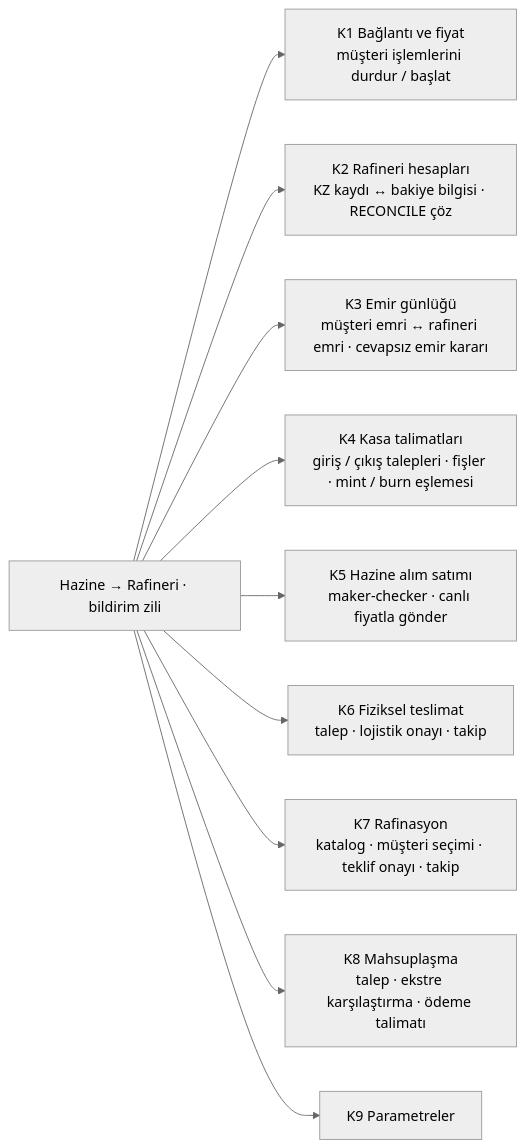
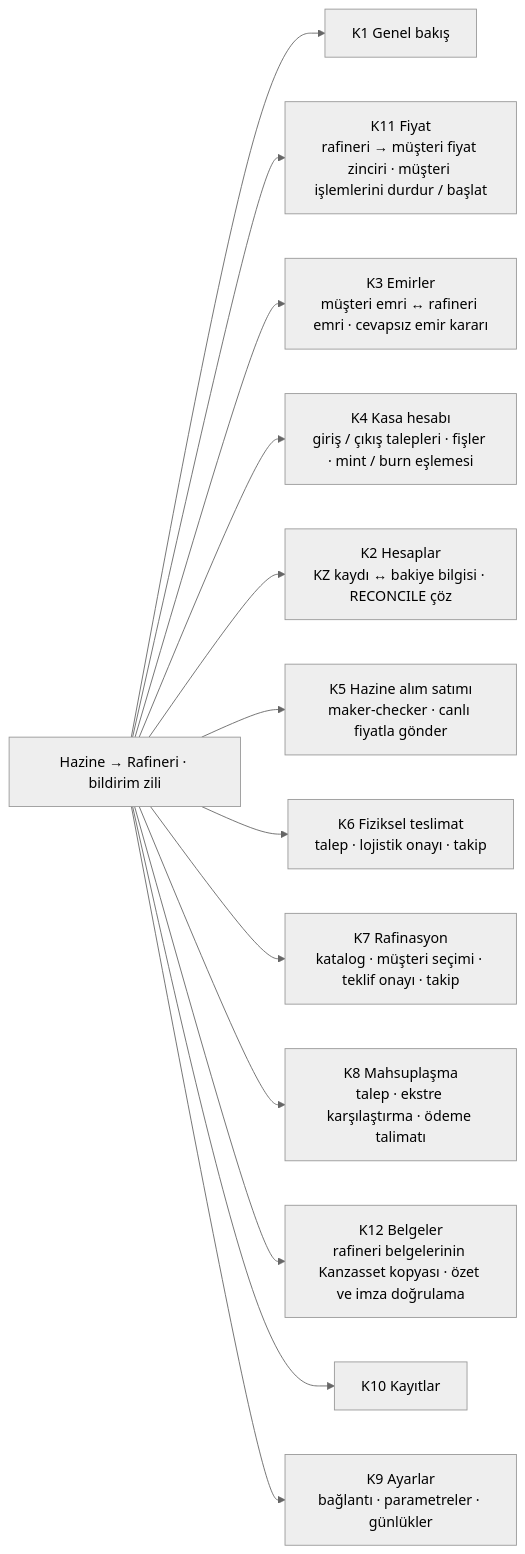
The third of 8 diagrams in docs/KZ_AMR_Sistemi.md (engincetin/amr-app), drawn with Mermaid (neutral theme) before and after one commit. The commit also changed other lines of this file and 34 other files, not shown here.

First line of the commit message:
Ayna menü, Türkçe ekran metinleri, Bağlantı Ayarlar'da, sayfalı tablolar

````diff
--- a/docs/KZ_AMR_Sistemi.md
+++ b/docs/KZ_AMR_Sistemi.md
@@ -102,13 +104,16 @@
 ```mermaid
 flowchart LR
   H["Hazine → Rafineri · bildirim zili"]
-  H --> K1["K1 Bağlantı ve fiyat<br/>müşteri işlemlerini durdur / başlat"]
-  H --> K2["K2 Rafineri hesapları<br/>KZ kaydı ↔ bakiye bilgisi · RECONCILE çöz"]
-  H --> K3["K3 Emir günlüğü<br/>müşteri emri ↔ rafineri emri · cevapsız emir kararı"]
-  H --> K4["K4 Kasa talimatları<br/>giriş / çıkış talepleri · fişler · mint / burn eşlemesi"]
+  H --> K1["K1 Genel bakış"]
+  H --> K11["K11 Fiyat<br/>rafineri → müşteri fiyat zinciri · müşteri işlemlerini durdur / başlat"]
+  H --> K3["K3 Emirler<br/>müşteri emri ↔ rafineri emri · cevapsız emir kararı"]
+  H --> K4["K4 Kasa hesabı<br/>giriş / çıkış talepleri · fişler · mint / burn eşlemesi"]
+  H --> K2["K2 Hesaplar<br/>KZ kaydı ↔ bakiye bilgisi · RECONCILE çöz"]
   H --> K5["K5 Hazine alım satımı<br/>maker-checker · canlı fiyatla gönder"]
   H --> K6["K6 Fiziksel teslimat<br/>talep · lojistik onayı · takip"]
   H --> K7["K7 Rafinasyon<br/>katalog · müşteri seçimi · teklif onayı · takip"]
   H --> K8["K8 Mahsuplaşma<br/>talep · ekstre karşılaştırma · ödeme talimatı"]
-  H --> K9["K9 Parametreler"]
+  H --> K12["K12 Belgeler<br/>rafineri belgelerinin Kanzasset kopyası · özet ve imza doğrulama"]
+  H --> K10["K10 Kayıtlar"]
+  H --> K9["K9 Ayarlar<br/>bağlantı · parametreler · günlükler"]
 ```
````
